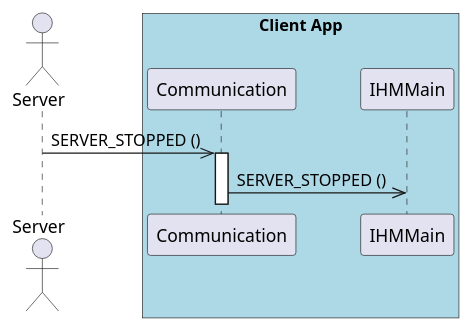
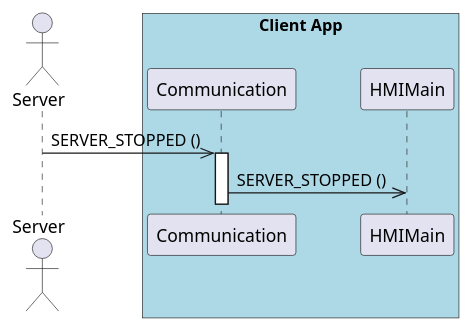
One commit to UTCAI12/Diagrams changed the diagram in sequence/5.2.stop_server_client.puml. Above: the diagram before and after it, drawn with PlantUML. The commit also changed 5 other files, not shown here.

Commit message:
replacing IHM by HMI

```diff
--- a/sequence/5.2.stop_server_client.puml
+++ b/sequence/5.2.stop_server_client.puml
@@ -1,15 +1,15 @@
 @startuml Server is stopped (connected clients side)
 
 actor Server as server
 
 box "Client App" #LightBlue
     participant Communication as com
-    participant IHMMain as ihm
+    participant HMIMain as hmi
 end box
 
 server ->> com : SERVER_STOPPED ()
 
 activate com
-com ->> ihm : SERVER_STOPPED ()
+com ->> hmi : SERVER_STOPPED ()
 
 @enduml
```
